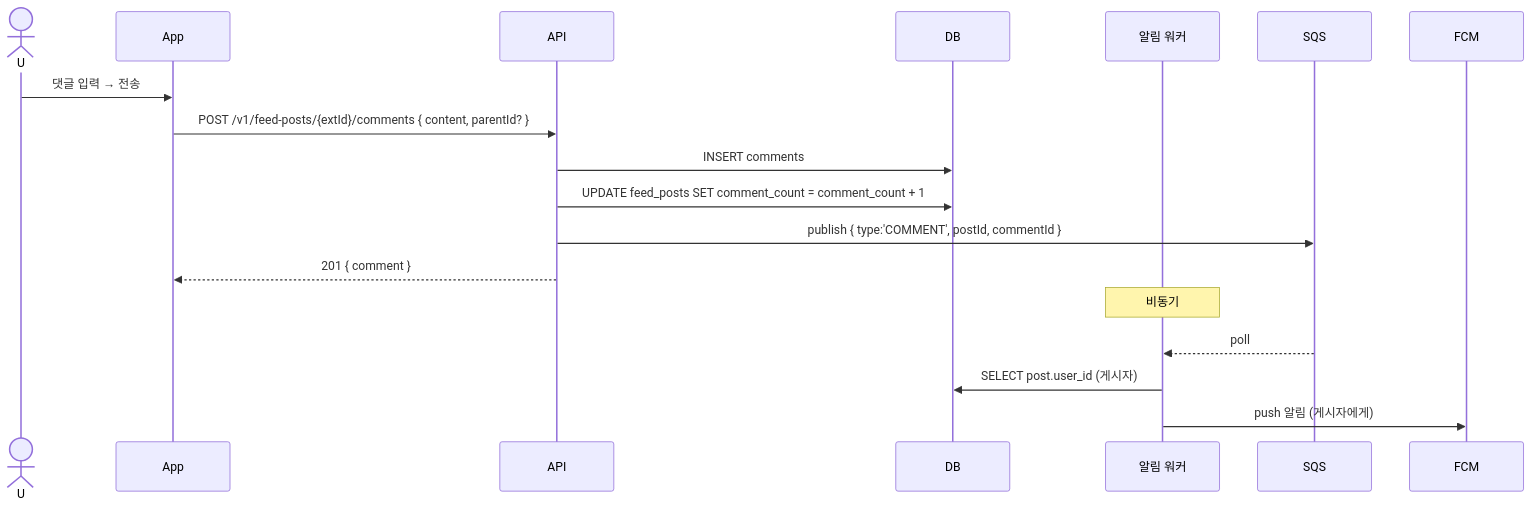
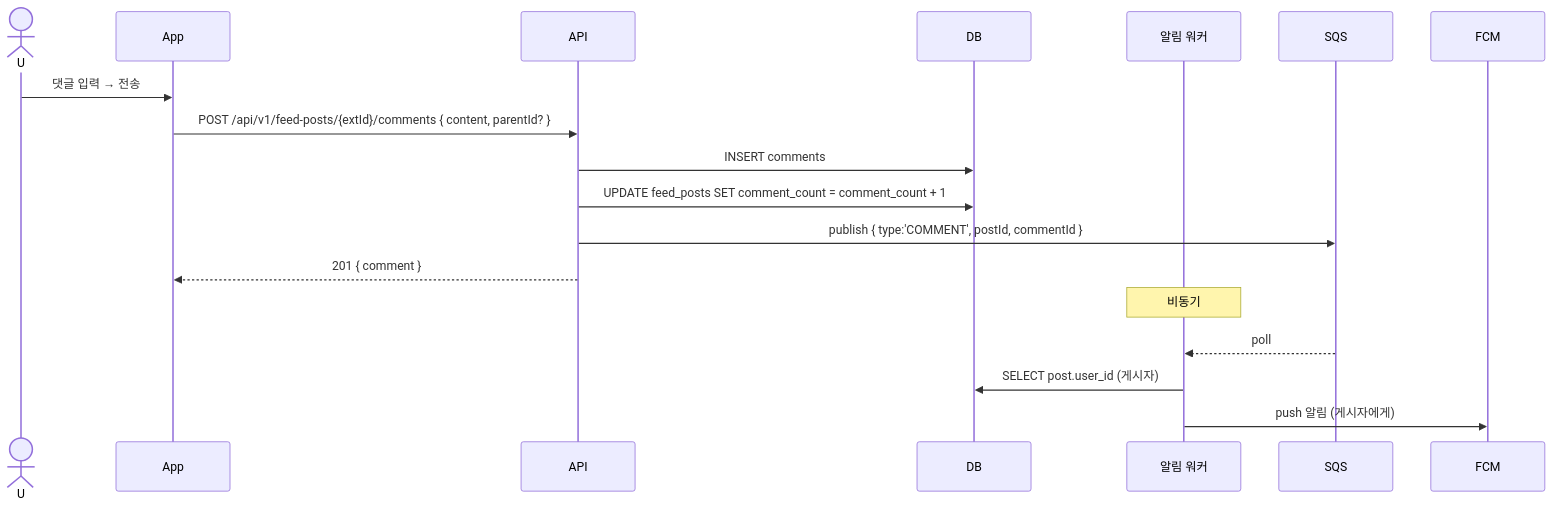
The fourth of 4 diagrams in docs/설계/sequence/feed.md (theo-ooooo/crimp), drawn with Mermaid before and after one commit. The commit also changed other lines of this file and 5 other files, not shown here.

````diff
--- a/docs/설계/sequence/feed.md
+++ b/docs/설계/sequence/feed.md
@@ -89,19 +89,19 @@
 ```mermaid
 sequenceDiagram
     actor U
     participant App
     participant API
     participant DB
     participant Notify as 알림 워커
 
     U->>App: 댓글 입력 → 전송
-    App->>API: POST /v1/feed-posts/{extId}/comments { content, parentId? }
+    App->>API: POST /api/v1/feed-posts/{extId}/comments { content, parentId? }
     API->>DB: INSERT comments
     API->>DB: UPDATE feed_posts SET comment_count = comment_count + 1
     API->>SQS: publish { type:'COMMENT', postId, commentId }
     API-->>App: 201 { comment }
     Note over Notify: 비동기
     SQS-->>Notify: poll
     Notify->>DB: SELECT post.user_id (게시자)
     Notify->>FCM: push 알림 (게시자에게)
 ```
````
